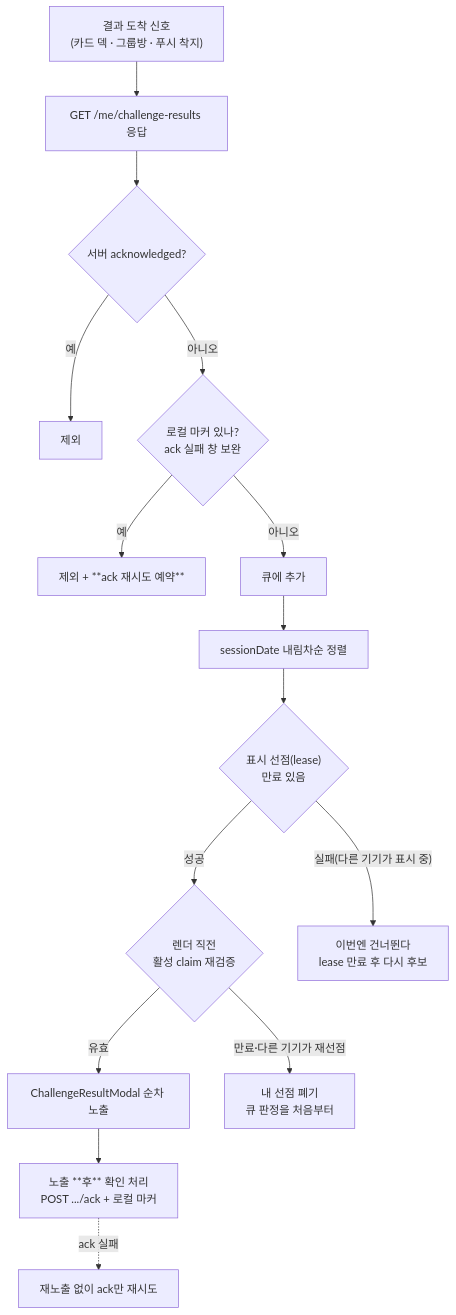
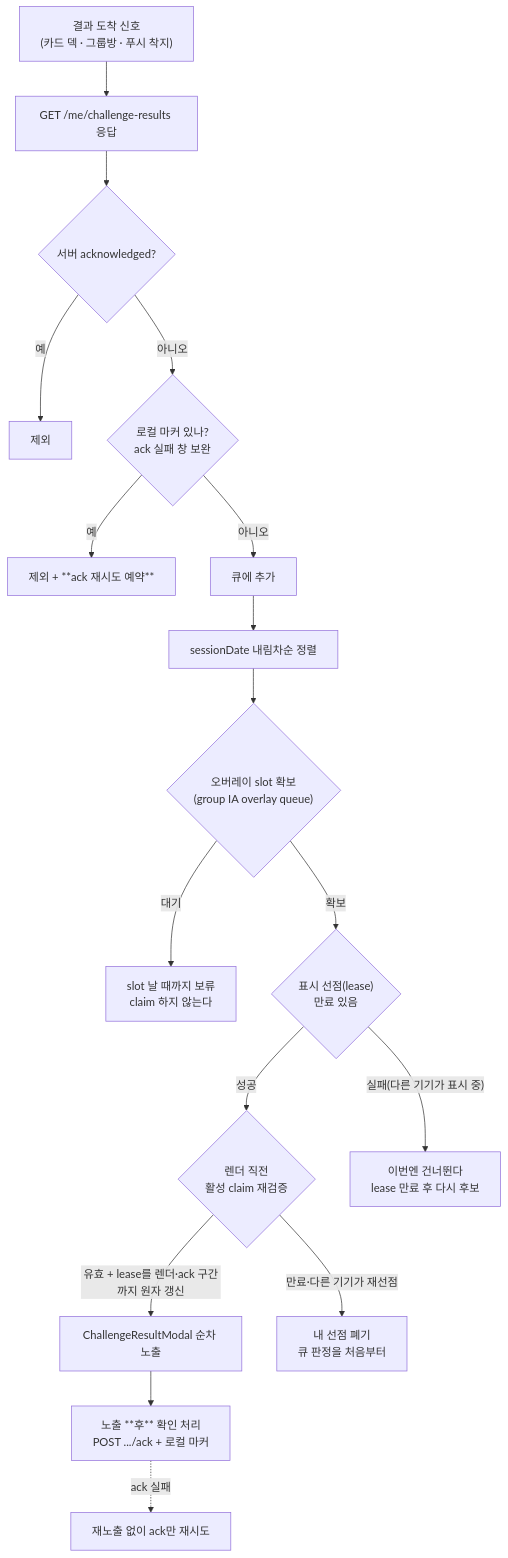
Before and after one commit to OneOrThree/phone: the ninth of 11 diagrams in docs/prd/challenge/information-architecture.md, drawn with Mermaid. The commit also changed other lines of this file and 2 other files, not shown here.

First line of the commit message:
[DOC] GROMO-1576 slot 확보를 선점 앞에 · 검증 시 lease 원자 갱신 · 수용할 실패 명시

````diff
--- a/docs/prd/challenge/information-architecture.md
+++ b/docs/prd/challenge/information-architecture.md
@@ -471,17 +471,19 @@
 ```mermaid
 flowchart TB
     L["결과 도착 신호<br/>(카드 덱 · 그룹방 · 푸시 착지)"] --> P["GET /me/challenge-results 응답"]
     P --> F1{"서버 acknowledged?"}
     F1 -->|예| X1["제외"]
     F1 -->|아니오| F2{"로컬 마커 있나?<br/>ack 실패 창 보완"}
     F2 -->|예| X2["제외 + **ack 재시도 예약**"]
     F2 -->|아니오| Q2["큐에 추가"]
     Q2 --> S["sessionDate 내림차순 정렬"]
-    S --> C{"표시 선점(lease)<br/>만료 있음"}
+    S --> SLOT{"오버레이 slot 확보<br/>(group IA overlay queue)"}
+    SLOT -->|"대기"| X5["slot 날 때까지 보류<br/>claim 하지 않는다"]
+    SLOT -->|"확보"| C{"표시 선점(lease)<br/>만료 있음"}
     C -->|"성공"| V{"렌더 직전<br/>활성 claim 재검증"}
-    V -->|"유효"| M["ChallengeResultModal 순차 노출"]
+    V -->|"유효 + lease를 렌더·ack 구간까지 원자 갱신"| M["ChallengeResultModal 순차 노출"]
     V -->|"만료·다른 기기가 재선점"| X4["내 선점 폐기<br/>큐 판정을 처음부터"]
     C -->|"실패(다른 기기가 표시 중)"| X3["이번엔 건너뛴다<br/>lease 만료 후 다시 후보"]
     M --> A["노출 **후** 확인 처리<br/>POST .../ack + 로컬 마커"]
     A -.->|"ack 실패"| R["재노출 없이 ack만 재시도"]
 ```
````
